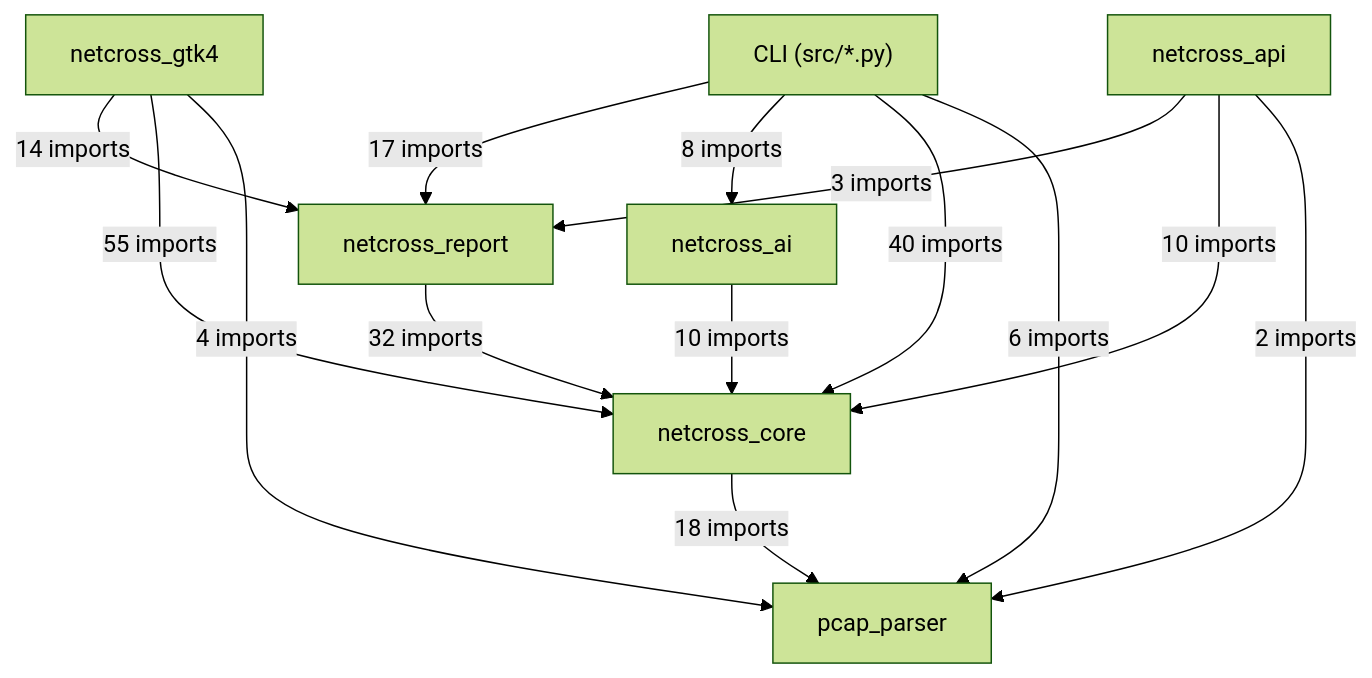
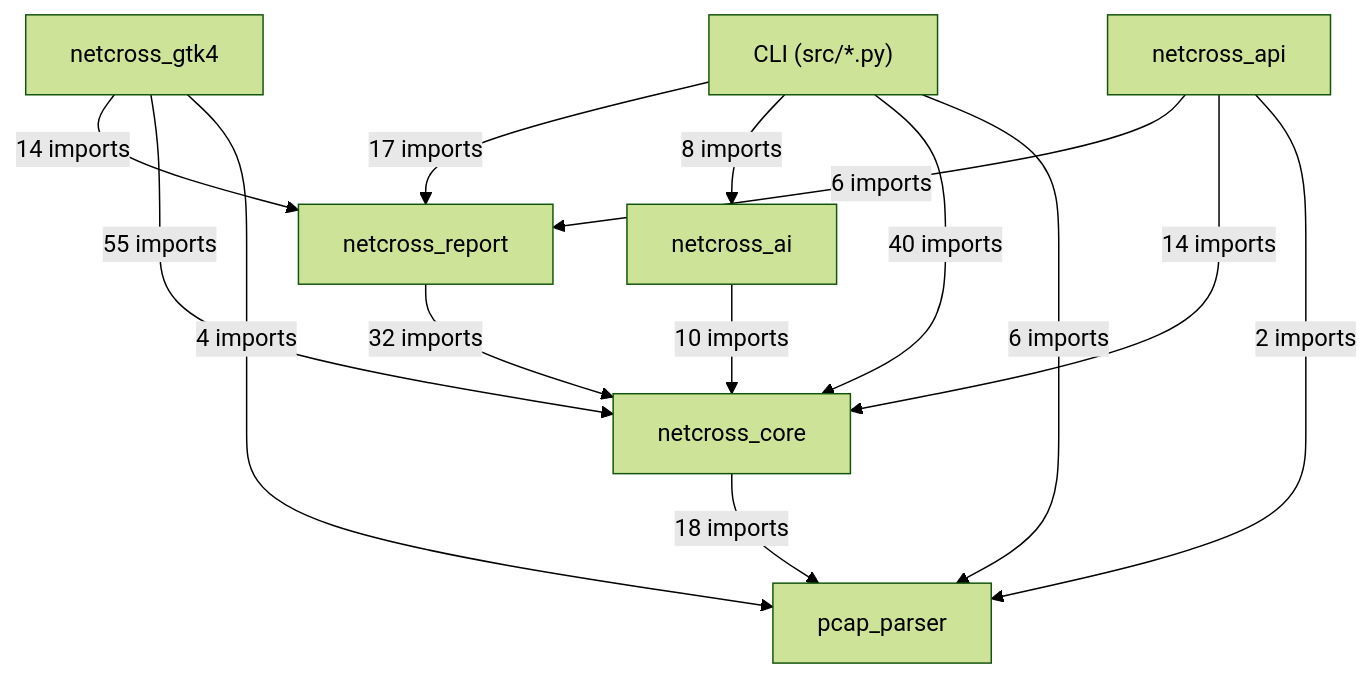
The first of 19 diagrams in docs/class-diagram.md (Mathide-Team/Netcross), drawn with Mermaid (forest theme) before and after one commit. The commit also changed other lines of this file and 8 other files, not shown here.

````diff
--- a/docs/class-diagram.md
+++ b/docs/class-diagram.md
@@ -26,23 +26,23 @@
 ```mermaid
 flowchart TD
     CLI["CLI (src/*.py)"]
     netcross_gtk4["netcross_gtk4"]
     netcross_api["netcross_api"]
     netcross_report["netcross_report"]
     netcross_ai["netcross_ai"]
     netcross_core["netcross_core"]
     pcap_parser["pcap_parser"]
     CLI -->|"17 imports"| netcross_report
     CLI -->|"8 imports"| netcross_ai
     CLI -->|"40 imports"| netcross_core
     CLI -->|"6 imports"| pcap_parser
     netcross_gtk4 -->|"14 imports"| netcross_report
     netcross_gtk4 -->|"55 imports"| netcross_core
     netcross_gtk4 -->|"4 imports"| pcap_parser
-    netcross_api -->|"3 imports"| netcross_report
-    netcross_api -->|"10 imports"| netcross_core
+    netcross_api -->|"6 imports"| netcross_report
+    netcross_api -->|"14 imports"| netcross_core
     netcross_api -->|"2 imports"| pcap_parser
     netcross_report -->|"32 imports"| netcross_core
     netcross_ai -->|"10 imports"| netcross_core
     netcross_core -->|"18 imports"| pcap_parser
 ```
````
